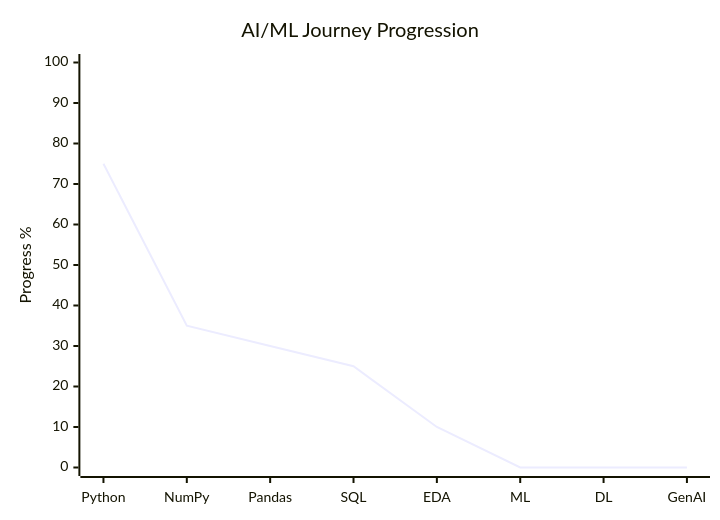
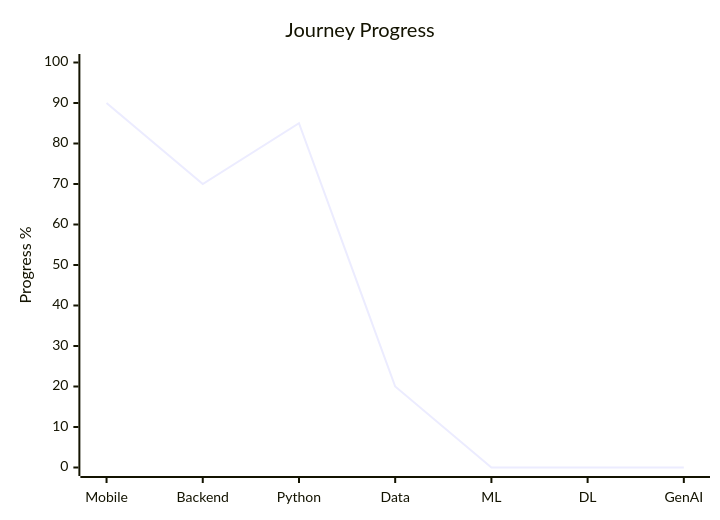
Before and after one commit to rohit-kumar-fullstack/rohit-kumar-fullstack: the third of 3 diagrams in README.md, drawn with Mermaid. The commit also changed other lines of this file, not shown here.

````diff
--- a/README.md
+++ b/README.md
@@ -263,7 +278,7 @@
 ```mermaid
 xychart-beta
-    title "AI/ML Journey Progression"
-    x-axis ["Python", "NumPy", "Pandas", "SQL", "EDA", "ML", "DL", "GenAI"]
+    title "Journey Progress"
+    x-axis ["Mobile", "Backend", "Python", "Data", "ML", "DL", "GenAI"]
     y-axis "Progress %" 0 --> 100
-    line [75, 35, 30, 25, 10, 0, 0, 0]
+    line [90, 70, 85, 20, 0, 0, 0]
 ```
````
